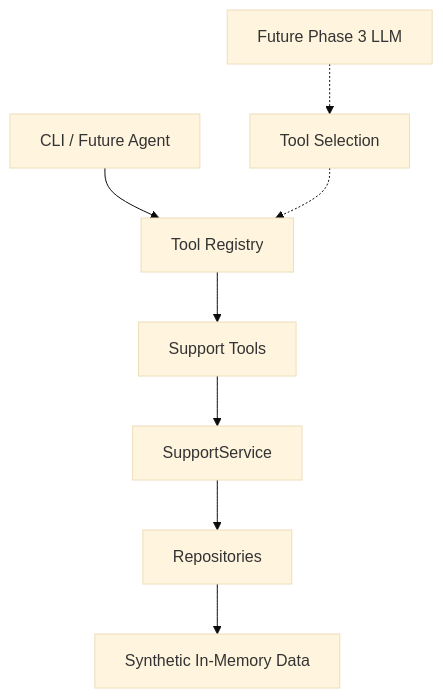
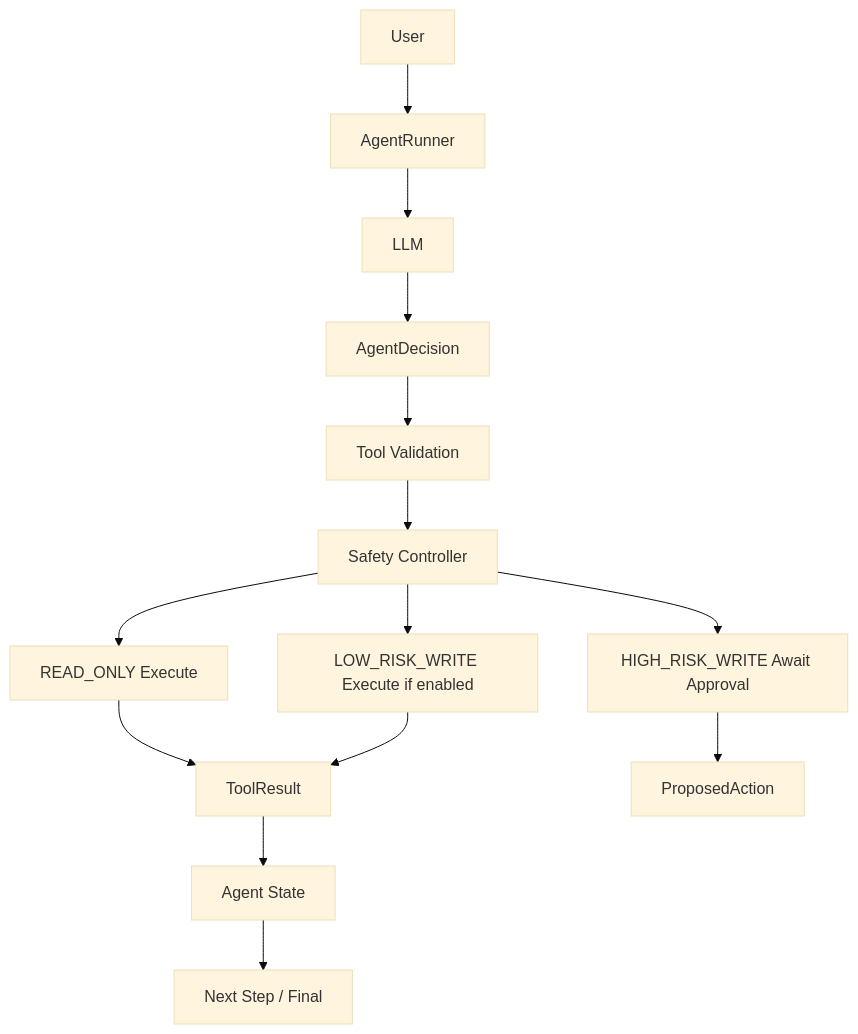
One commit to SincereSag87/supportops-agent changed the first of 2 diagrams in README.md. Above: the diagram before and after it, drawn with Mermaid (base theme). The commit also changed other lines of this file and 14 other files, not shown here.

Commit message:
feat: add agent tool calling loop

````diff
--- a/README.md
+++ b/README.md
@@ -31,11 +15,16 @@
 ```mermaid
 flowchart TD
-    A[CLI / Future Agent] --> B[Tool Registry]
-    B --> C[Support Tools]
-    C --> D[SupportService]
-    D --> E[Repositories]
-    E --> F[Synthetic In-Memory Data]
-
-    G[Future Phase 3 LLM] -.-> H[Tool Selection]
-    H -.-> B
+    A[User] --> B[AgentRunner]
+    B --> C[LLM]
+    C --> D[AgentDecision]
+    D --> E[Tool Validation]
+    E --> F[Safety Controller]
+    F --> G[READ_ONLY Execute]
+    F --> H[LOW_RISK_WRITE Execute if enabled]
+    F --> I[HIGH_RISK_WRITE Await Approval]
+    G --> J[ToolResult]
+    H --> J
+    I --> K[ProposedAction]
+    J --> L[Agent State]
+    L --> M[Next Step / Final]
 ```
````
